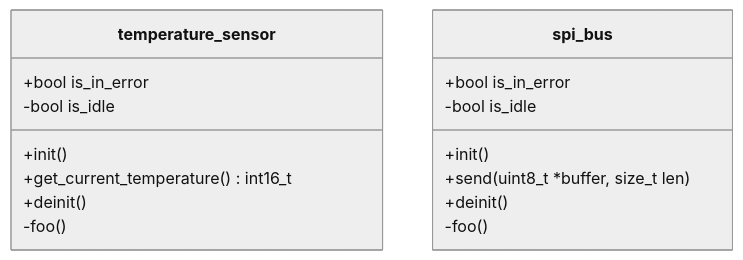
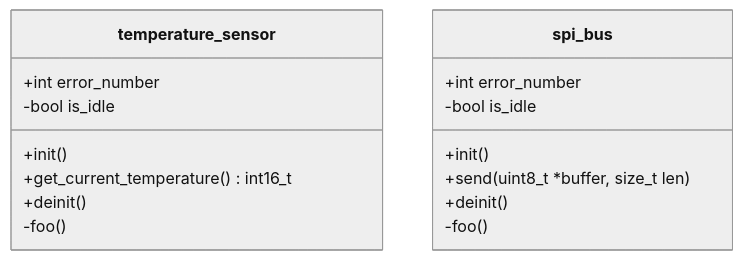
Before and after one commit to TommasoSerafin/unibz-76088A-materials: the diagram in 2-basics/2-modularity/README.md, drawn with Mermaid (neutral theme). The commit also changed other lines of this file and 51 other files, not shown here.

````diff
--- a/2-basics/2-modularity/README.md
+++ b/2-basics/2-modularity/README.md
@@ -7,18 +7,18 @@
 ```mermaid
 classDiagram
   class temperature_sensor
       temperature_sensor : +init()
       temperature_sensor : +get_current_temperature() int16_t
       temperature_sensor : +deinit()
       temperature_sensor : -foo()
-      temperature_sensor : +bool is_in_error
+      temperature_sensor : +int error_number
       temperature_sensor : -bool is_idle
 
   class spi_bus
       spi_bus : +init()
       spi_bus : +send(uint8_t *buffer, size_t len)
       spi_bus : +deinit()
       spi_bus : -foo()
-      spi_bus : +bool is_in_error
+      spi_bus : +int error_number
       spi_bus : -bool is_idle
 ```
````
